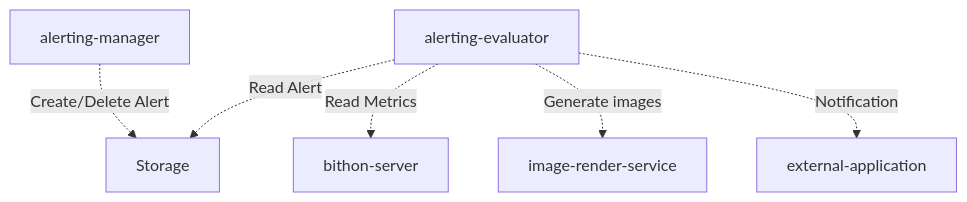
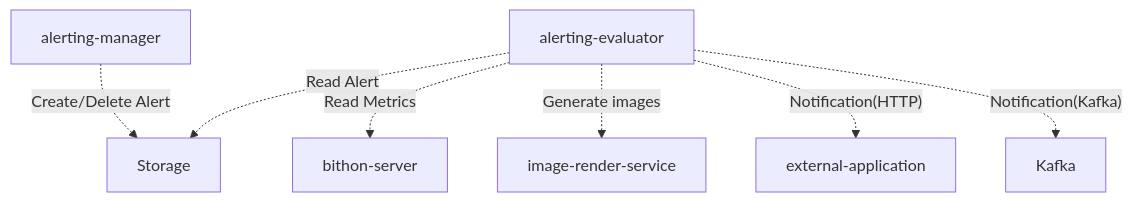
Before and after one commit to FrankChen021/bithon: the diagram in server/alerting/README.md, drawn with Mermaid. The commit also changed other lines of this file, not shown here.

````diff
--- a/server/alerting/README.md
+++ b/server/alerting/README.md
@@ -5,8 +5,9 @@
 ```mermaid
     flowchart TD
         alerting-manager -. Create/Delete Alert .-> Storage
         alerting-evaluator -. Read Alert .-> Storage
         alerting-evaluator -. Read Metrics .-> bithon-server
         alerting-evaluator -. Generate images .-> image-render-service
-        alerting-evaluator -. Notification .-> external-application
+        alerting-evaluator -. Notification(HTTP) .-> external-application
+        alerting-evaluator -. Notification(Kafka) .-> Kafka
 ```
````
